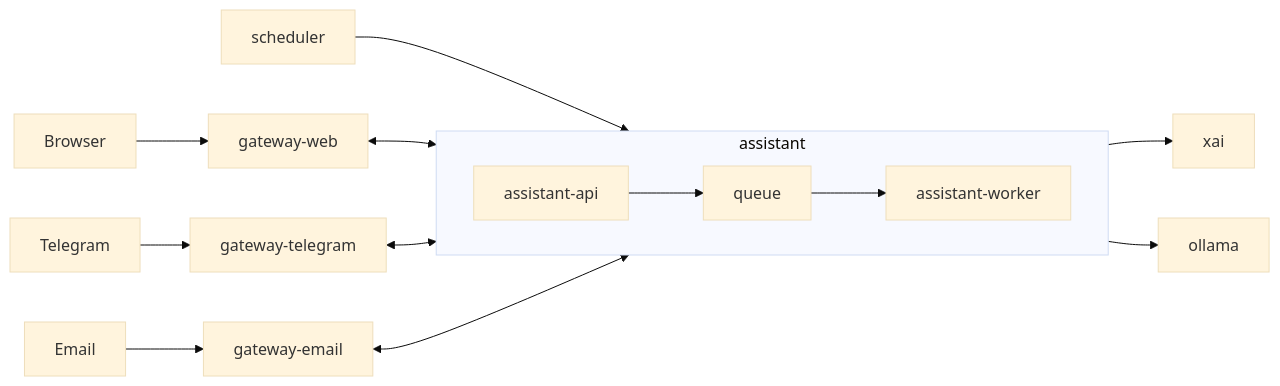
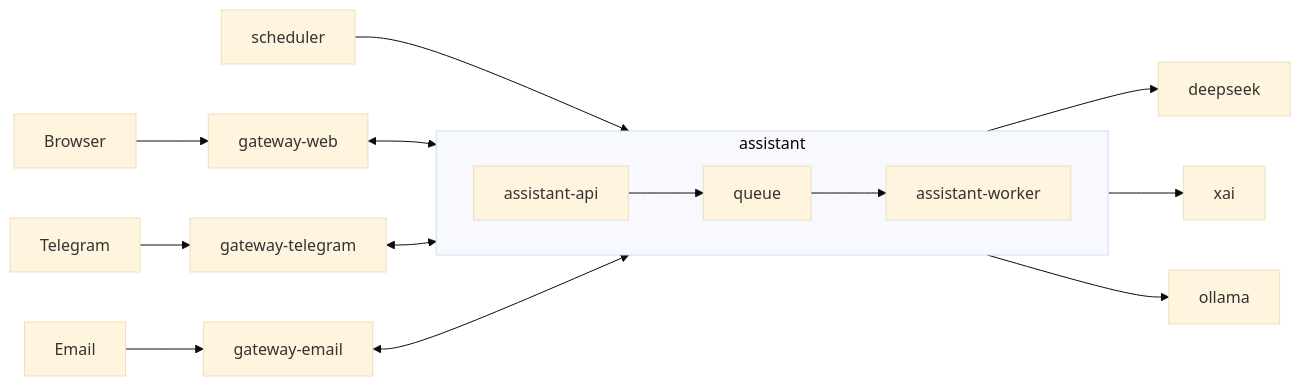
Before and after one commit to vinitu/my-concierge: the diagram in README.md, drawn with Mermaid (base theme). The commit also changed other lines of this file and 56 other files, not shown here.

````diff
--- a/README.md
+++ b/README.md
@@ -75,19 +76,20 @@
 ```mermaid
 flowchart LR
     Scheduler["scheduler"] --> Assistant
     Browser["Browser"] --> GW["gateway-web"]
     Telegram["Telegram"] --> GT["gateway-telegram"]
     Email["Email"] --> GE["gateway-email"]
+    Assistant --> DeepSeek["deepseek"]
     Assistant --> XAI["xai"]
     Assistant --> Ollama["ollama"]
 
     GW <--> Assistant
     GT <--> Assistant
     GE <--> Assistant
 
     subgraph Assistant["assistant"]
         direction LR
         API["assistant-api"] --> Q["queue"]
         Q --> Worker["assistant-worker"]
     end
 ```
````
